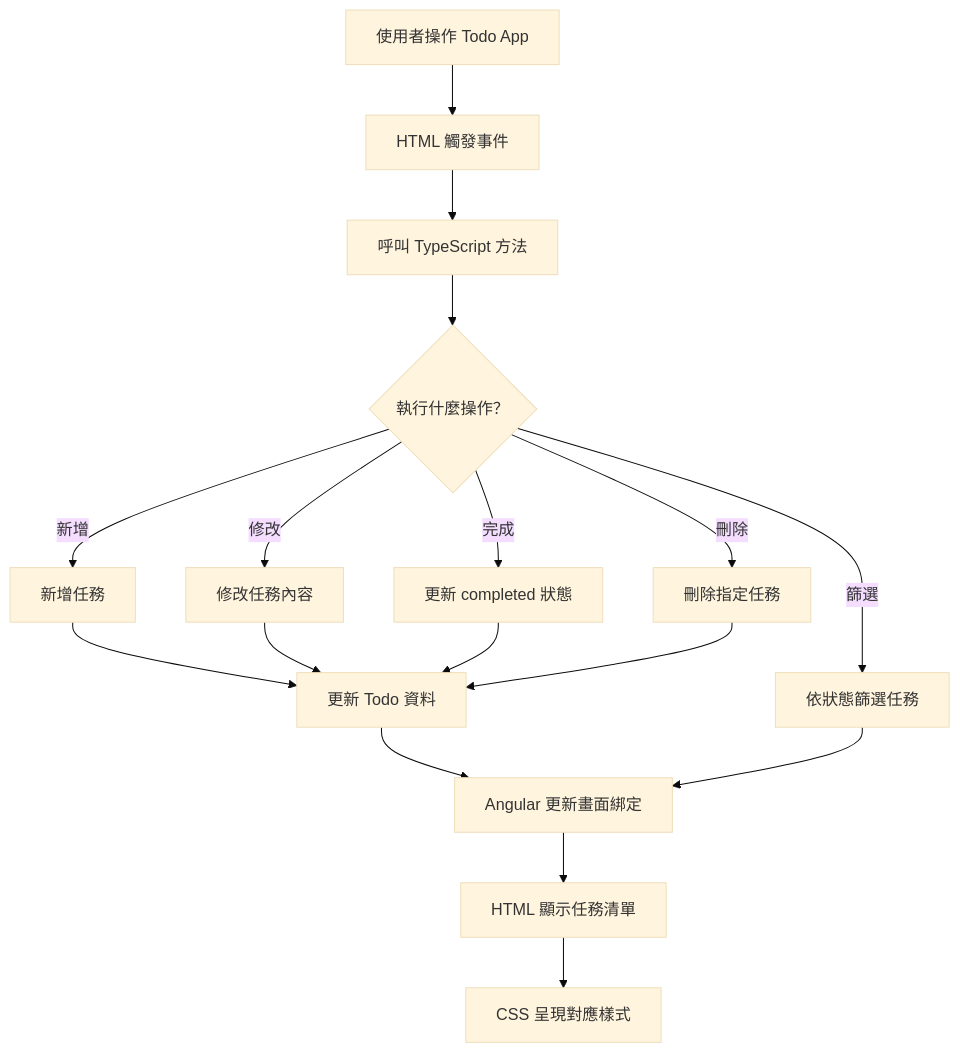
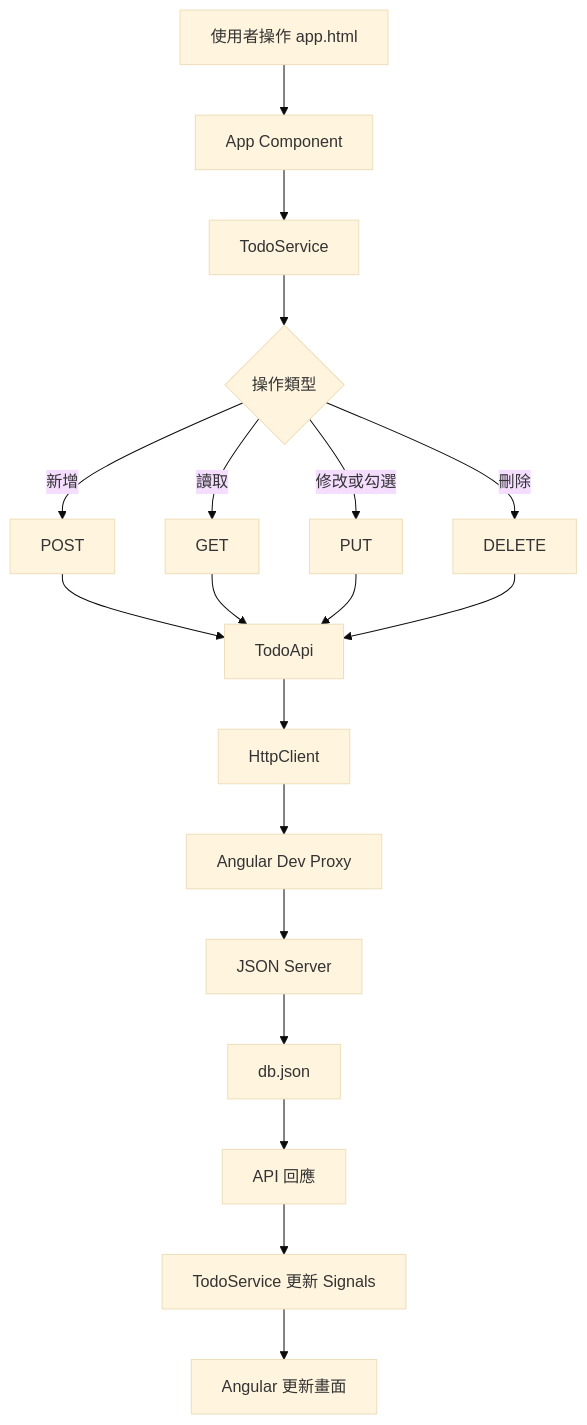
One commit to zoe12378/angular-todo changed the diagram in README.md. Above: the diagram before and after it, drawn with Mermaid (base theme). The commit also changed other lines of this file and 9 other files, not shown here.

````diff
--- a/README.md
+++ b/README.md
@@ -47,19 +129,25 @@
 ```mermaid
 flowchart TD
-    A["使用者操作 Todo App"] --> B["HTML 觸發事件"]
-    B --> C["呼叫 TypeScript 方法"]
-    C --> D{"執行什麼操作？"}
-    D -->|新增| E["新增任務"]
-    D -->|修改| F["修改任務內容"]
-    D -->|完成| G["更新 completed 狀態"]
-    D -->|刪除| H["刪除指定任務"]
-    D -->|篩選| I["依狀態篩選任務"]
-    E --> J["更新 Todo 資料"]
-    F --> J
-    G --> J
-    H --> J
-    J --> K["Angular 更新畫面綁定"]
-    I --> K
-    K --> L["HTML 顯示任務清單"]
-    L --> M["CSS 呈現對應樣式"]
+    A["使用者操作 app.html"] --> B["App Component"]
+    B --> C["TodoService"]
+    C --> D{"操作類型"}
+
+    D -->|新增| E["POST"]
+    D -->|讀取| F["GET"]
+    D -->|修改或勾選| G["PUT"]
+    D -->|刪除| H["DELETE"]
+
+    E --> I["TodoApi"]
+    F --> I
+    G --> I
+    H --> I
+
+    I --> J["HttpClient"]
+    J --> K["Angular Dev Proxy"]
+    K --> L["JSON Server"]
+    L --> M["db.json"]
+
+    M --> N["API 回應"]
+    N --> O["TodoService 更新 Signals"]
+    O --> P["Angular 更新畫面"]
 ```
````
